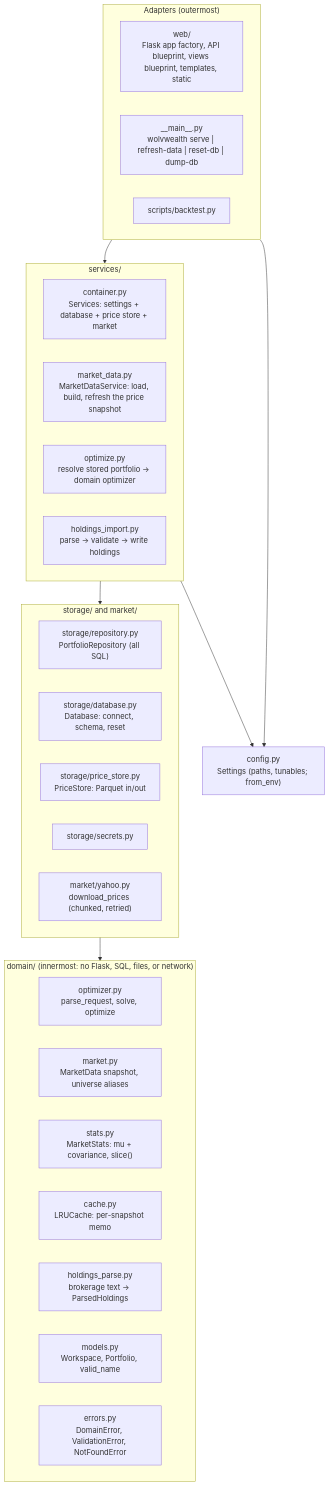
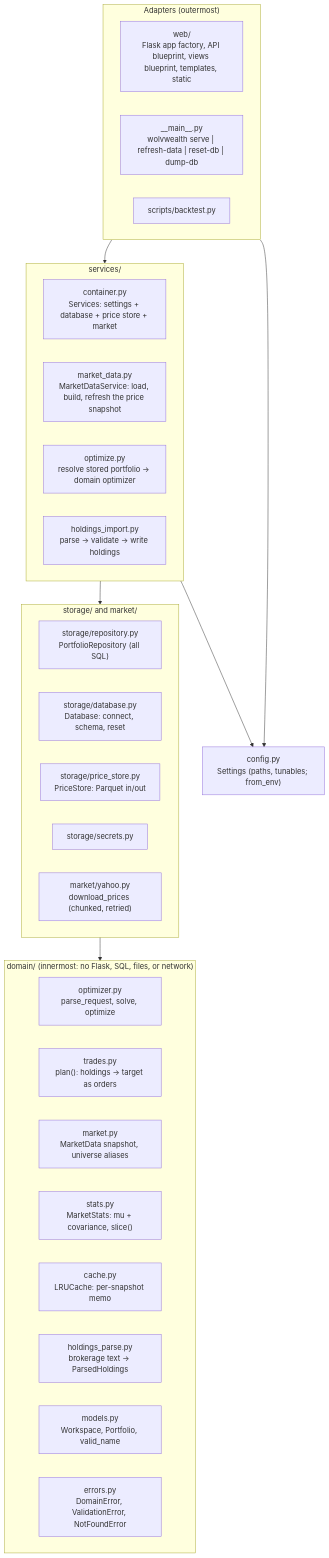
One commit to rramboer/WolvWealth changed the first of 9 diagrams in ARCHITECTURE.md. Above: the diagram before and after it, drawn with Mermaid. The commit also changed other lines of this file and 11 other files, not shown here.

````diff
--- a/ARCHITECTURE.md
+++ b/ARCHITECTURE.md
@@ -25,35 +25,36 @@
 ```mermaid
 flowchart TB
     subgraph Outer["Adapters (outermost)"]
         WEB["web/<br/>Flask app factory, API blueprint, views blueprint, templates, static"]
         CLI["__main__.py<br/>wolvwealth serve | refresh-data | reset-db | dump-db"]
         BT["scripts/backtest.py"]
     end
     subgraph Svc["services/"]
         CONT["container.py<br/>Services: settings + database + price store + market"]
         MD["market_data.py<br/>MarketDataService: load, build, refresh the price snapshot"]
         OPT["optimize.py<br/>resolve stored portfolio -> domain optimizer"]
         IMP["holdings_import.py<br/>parse -> validate -> write holdings"]
     end
     subgraph Infra["storage/ and market/"]
         REPO["storage/repository.py<br/>PortfolioRepository (all SQL)"]
         DB["storage/database.py<br/>Database: connect, schema, reset"]
         PS["storage/price_store.py<br/>PriceStore: Parquet in/out"]
         SEC["storage/secrets.py"]
         YF["market/yahoo.py<br/>download_prices (chunked, retried)"]
     end
     subgraph Dom["domain/ (innermost: no Flask, SQL, files, or network)"]
         O["optimizer.py<br/>parse_request, solve, optimize"]
+        TR["trades.py<br/>plan(): holdings -> target as orders"]
         M["market.py<br/>MarketData snapshot, universe aliases"]
         ST["stats.py<br/>MarketStats: mu + covariance, slice()"]
         CA["cache.py<br/>LRUCache: per-snapshot memo"]
         HP["holdings_parse.py<br/>brokerage text -> ParsedHoldings"]
         MO["models.py<br/>Workspace, Portfolio, valid_name"]
         E["errors.py<br/>DomainError, ValidationError, NotFoundError"]
     end
     CFG["config.py<br/>Settings (paths, tunables; from_env)"]
 
     Outer --> Svc --> Infra --> Dom
     Svc --> CFG
     Outer --> CFG
 ```
````
